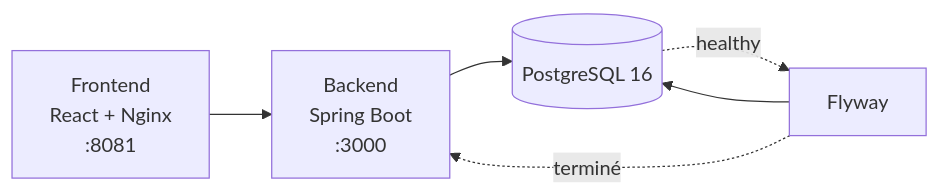
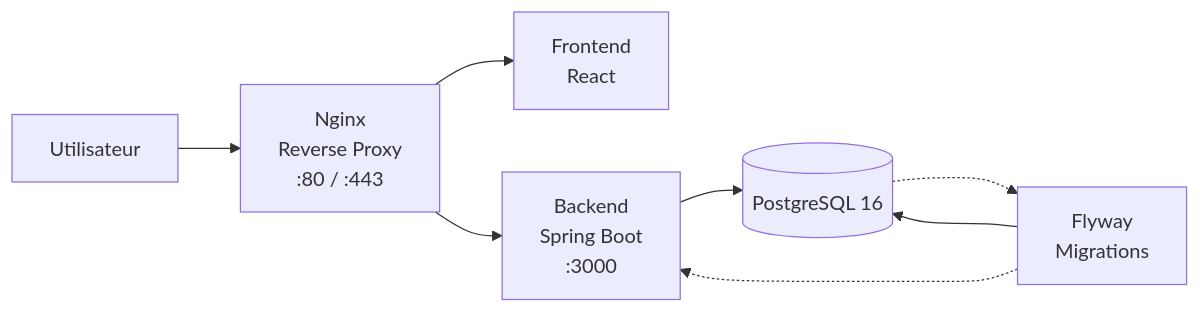
The eighth of 8 diagrams in presentation/slides.md (EstebanDuf4u/partitio), drawn with Mermaid before and after one commit. The commit also changed other lines of this file, not shown here.

````diff
--- a/presentation/slides.md
+++ b/presentation/slides.md
@@ -375,8 +630,13 @@
 ```mermaid {theme: 'neutral', scale: 0.8}
 flowchart LR
-  F[Frontend<br/>React + Nginx<br/>:8081] --> B[Backend<br/>Spring Boot<br/>:3000]
+  U[Utilisateur] --> N[Nginx<br/>Reverse Proxy<br/>:80 / :443]
+
+  N --> F[Frontend<br/>React]
+  N --> B[Backend<br/>Spring Boot<br/>:3000]
+
   B --> P[(PostgreSQL 16)]
-  M[Flyway] --> P
-  P -. healthy .-> M
-  M -. terminé .-> B
+
+  M[Flyway<br/>Migrations] --> P
+  P -..-> M
+  M -..-> B
 ```
````
